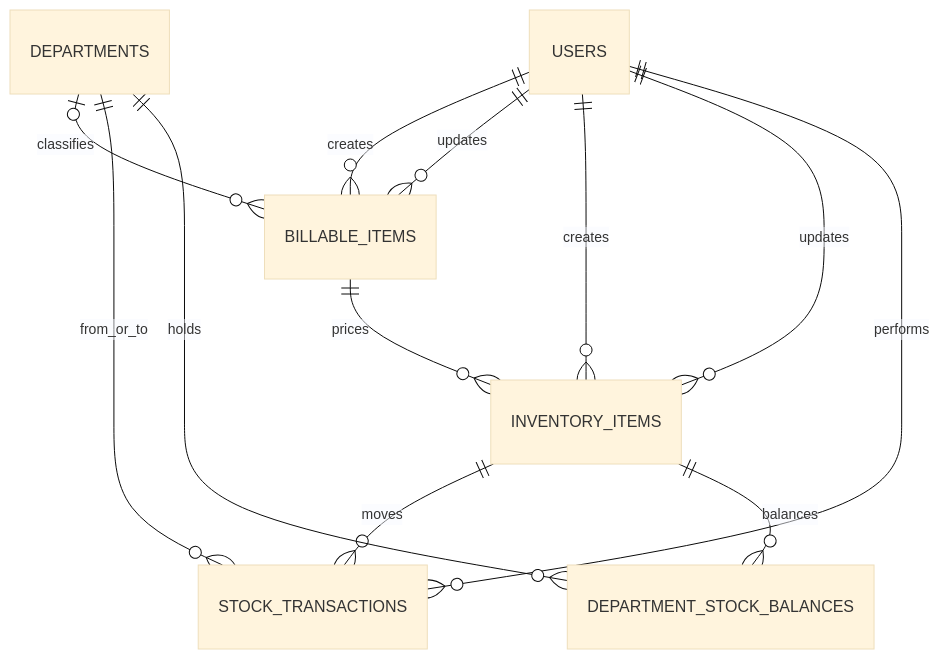
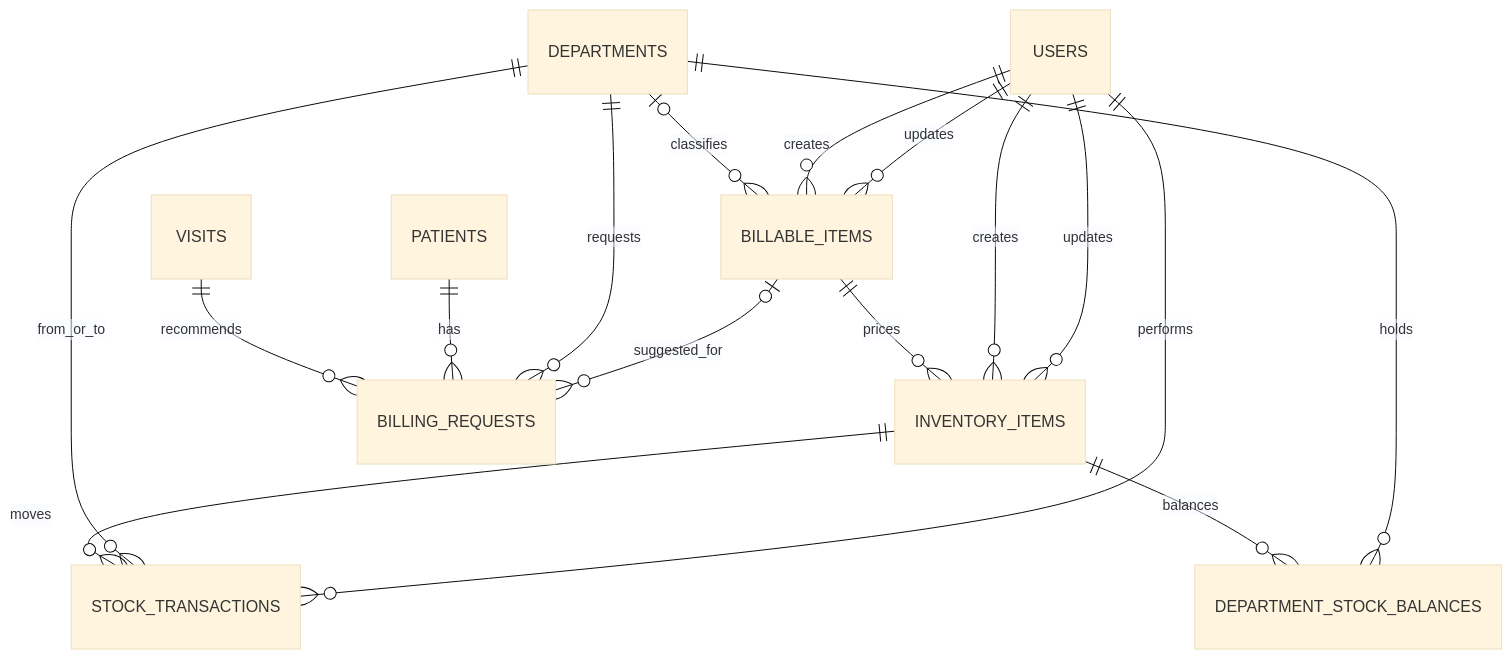
One commit to Wallem-1089/Zimran changed diagram 18 of 18 in DATABASE_RELATIONSHIPS.md. Above: the diagram before and after it, drawn with Mermaid (base theme). The commit also changed other lines of this file and 43 other files, not shown here.

````diff
--- a/DATABASE_RELATIONSHIPS.md
+++ b/DATABASE_RELATIONSHIPS.md
@@ -971,14 +979,18 @@
 ```mermaid
 erDiagram
     DEPARTMENTS o|--o{ BILLABLE_ITEMS : classifies
     USERS ||--o{ BILLABLE_ITEMS : creates
     USERS ||--o{ BILLABLE_ITEMS : updates
     BILLABLE_ITEMS ||--o{ INVENTORY_ITEMS : prices
     USERS ||--o{ INVENTORY_ITEMS : creates
     USERS ||--o{ INVENTORY_ITEMS : updates
     INVENTORY_ITEMS ||--o{ STOCK_TRANSACTIONS : moves
     DEPARTMENTS ||--o{ STOCK_TRANSACTIONS : from_or_to
     USERS ||--o{ STOCK_TRANSACTIONS : performs
     INVENTORY_ITEMS ||--o{ DEPARTMENT_STOCK_BALANCES : balances
     DEPARTMENTS ||--o{ DEPARTMENT_STOCK_BALANCES : holds
+    VISITS ||--o{ BILLING_REQUESTS : recommends
+    PATIENTS ||--o{ BILLING_REQUESTS : has
+    DEPARTMENTS ||--o{ BILLING_REQUESTS : requests
+    BILLABLE_ITEMS o|--o{ BILLING_REQUESTS : suggested_for
 ```
````
